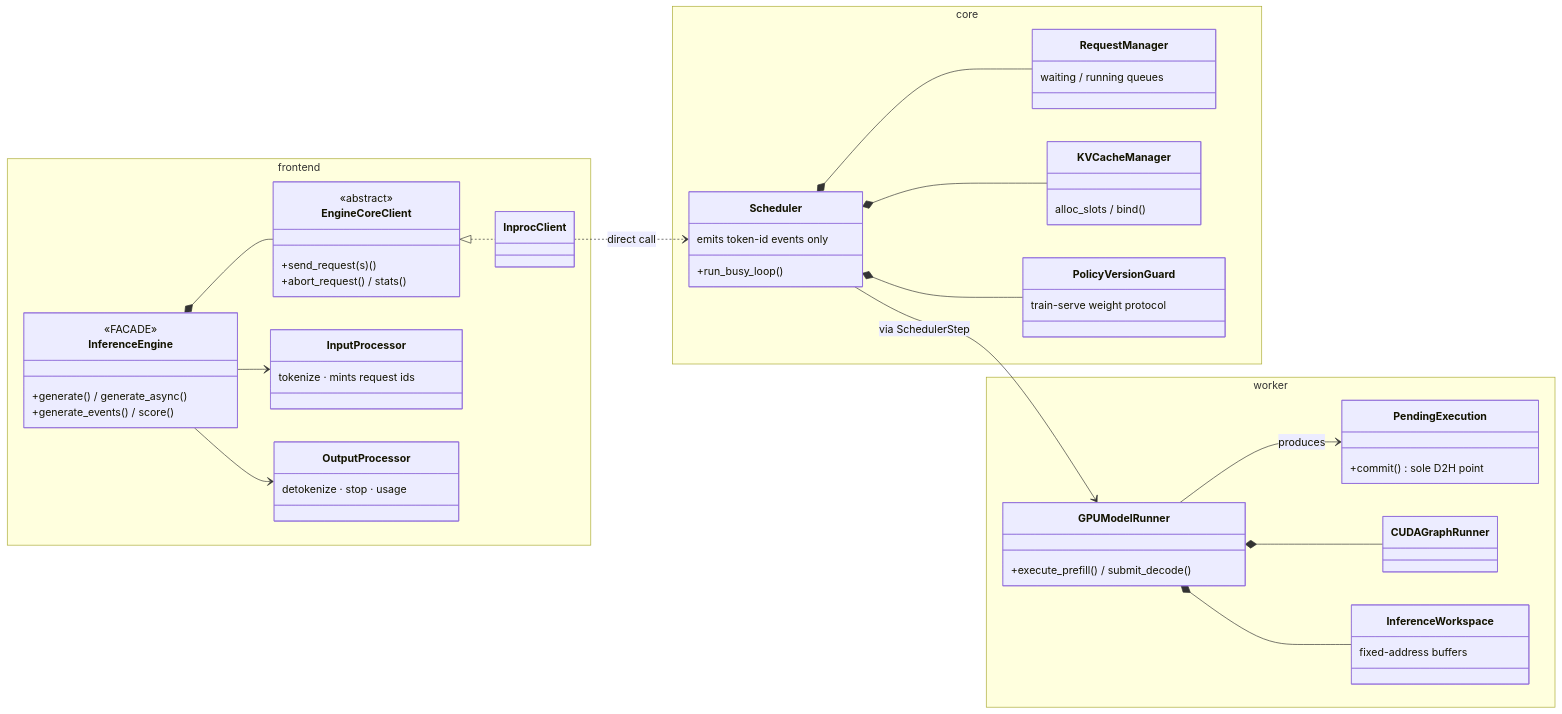
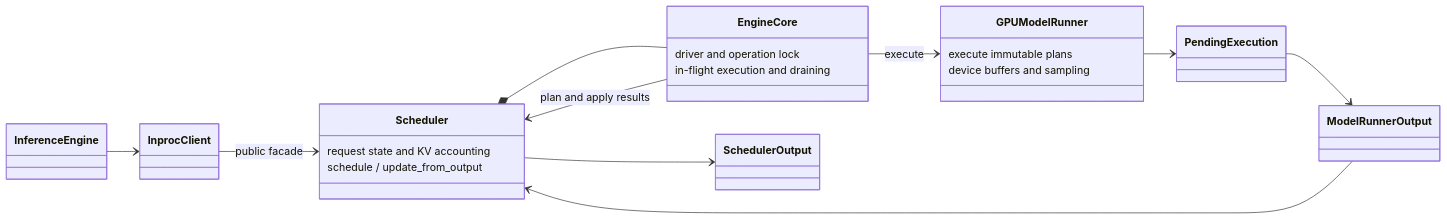
The diagram in docs/developer/inference/README.md (0z5a/AstrAI), drawn with Mermaid before and after one commit. The commit also changed other lines of this file and 4 other files, not shown here.

First line of the commit message:
docs: align inference layer docs with the EngineCore refactor

````diff
--- a/docs/developer/inference/README.md
+++ b/docs/developer/inference/README.md
@@ -32,63 +32,31 @@
 ```mermaid
 classDiagram
     direction LR
-    namespace frontend {
-        class InferenceEngine {
-            <<FACADE>>
-            +generate() / generate_async()
-            +generate_events() / score()
-        }
-        class EngineCoreClient {
-            <<abstract>>
-            +send_request(s)()
-            +abort_request() / stats()
-        }
-        class InprocClient
-        class InputProcessor {
-            tokenize · mints request ids
-        }
-        class OutputProcessor {
-            detokenize · stop · usage
-        }
+    class InferenceEngine
+    class InprocClient
+    class EngineCore {
+        driver and operation lock
+        in-flight execution and draining
     }
-    namespace core {
-        class Scheduler {
-            +run_busy_loop()
-            emits token-id events only
-        }
-        class RequestManager {
-            waiting / running queues
-        }
-        class KVCacheManager {
-            alloc_slots / bind()
-        }
-        class PolicyVersionGuard {
-            train-serve weight protocol
-        }
+    class Scheduler {
+        request state and KV accounting
+        schedule / update_from_output
     }
-    namespace worker {
-        class GPUModelRunner {
-            +execute_prefill() / submit_decode()
-        }
-        class PendingExecution {
-            +commit() sole D2H point
-        }
-        class CUDAGraphRunner
-        class InferenceWorkspace {
-            fixed-address buffers
-        }
+    class GPUModelRunner {
+        execute immutable plans
+        device buffers and sampling
     }
+    class SchedulerOutput
+    class ModelRunnerOutput
+    class PendingExecution
 
-    InferenceEngine *-- EngineCoreClient
-    EngineCoreClient <|.. InprocClient
-    InprocClient ..> Scheduler : direct call
-    InferenceEngine --> InputProcessor
-    InferenceEngine --> OutputProcessor
-    Scheduler *-- RequestManager
-    Scheduler *-- KVCacheManager
-    Scheduler *-- PolicyVersionGuard
-    Scheduler --> GPUModelRunner : via SchedulerStep
-    GPUModelRunner --> PendingExecution : produces
-    GPUModelRunner *-- CUDAGraphRunner
-    GPUModelRunner *-- InferenceWorkspace
+    InferenceEngine --> InprocClient
+    InprocClient --> Scheduler : public facade
+    Scheduler *-- EngineCore
+    EngineCore --> Scheduler : plan and apply results
+    EngineCore --> GPUModelRunner : execute
+    Scheduler --> SchedulerOutput
+    GPUModelRunner --> PendingExecution
+    PendingExecution --> ModelRunnerOutput
+    ModelRunnerOutput --> Scheduler
 ```
````
